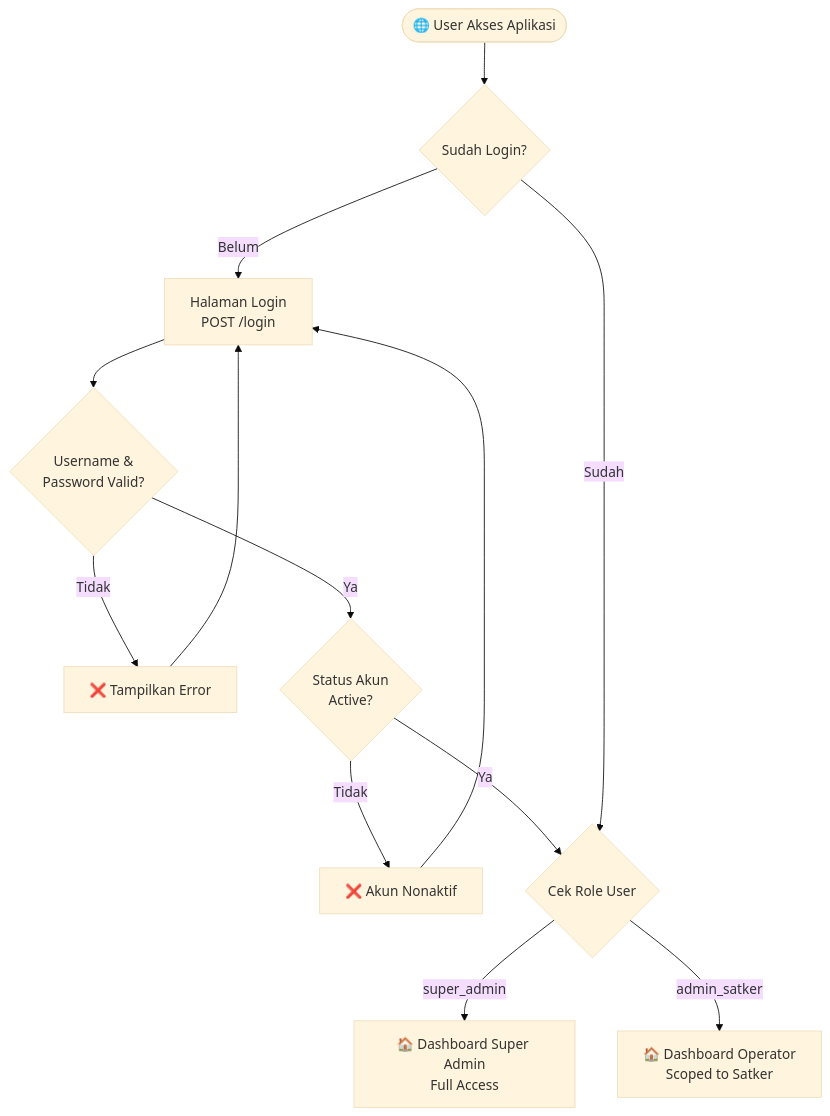
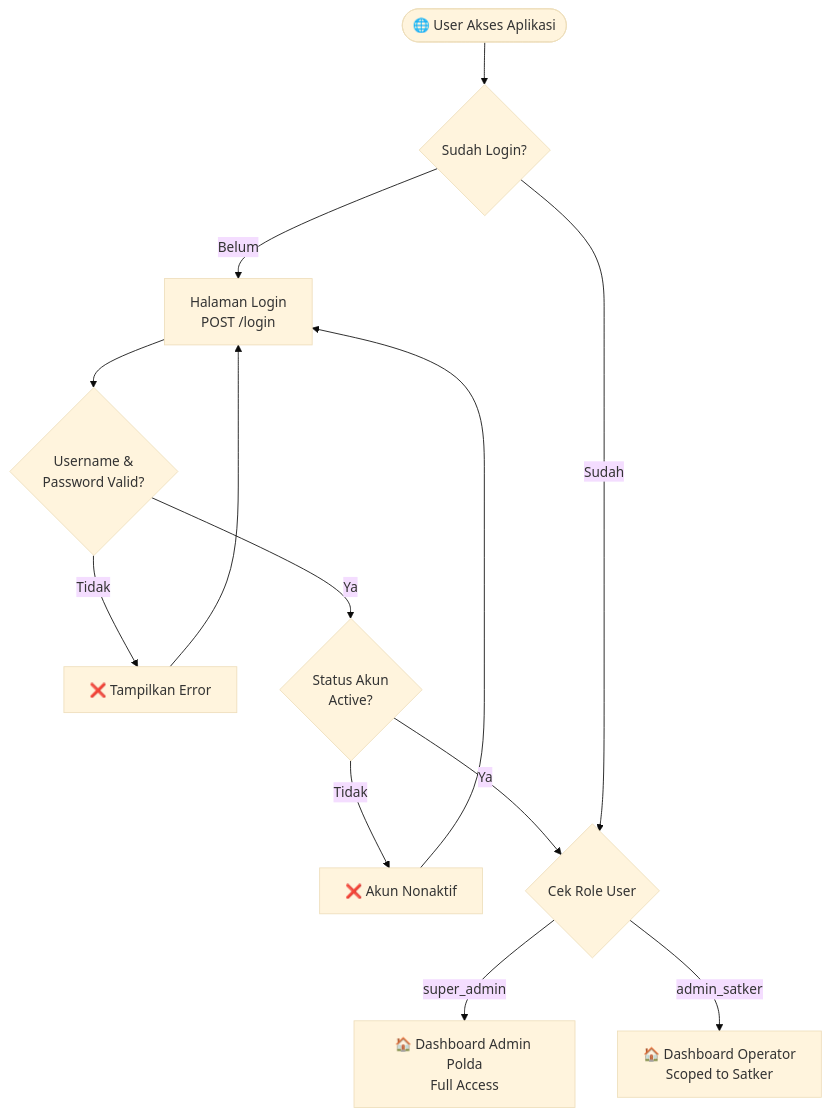
Before and after one commit to rickyaaaa/sistem-informasi-pegawai: the third of 6 diagrams in flow-design.md, drawn with Mermaid (base theme). The commit also changed other lines of this file and 41 other files, not shown here.

````diff
--- a/flow-design.md
+++ b/flow-design.md
@@ -126,18 +126,18 @@
 ```mermaid
 flowchart TD
     START(["🌐 User Akses Aplikasi"]) --> GUEST{"Sudah Login?"}
 
     GUEST -- Belum --> LOGIN["Halaman Login\nPOST /login"]
     LOGIN --> VALIDATE{"Username &\nPassword Valid?"}
     VALIDATE -- Tidak --> ERRLOGIN["❌ Tampilkan Error"]
     ERRLOGIN --> LOGIN
     VALIDATE -- Ya --> CHECKSTATUS{"Status Akun\nActive?"}
     CHECKSTATUS -- Tidak --> ERRINACTIVE["❌ Akun Nonaktif"]
     ERRINACTIVE --> LOGIN
     CHECKSTATUS -- Ya --> CHECKROLE{"Cek Role User"}
 
     GUEST -- Sudah --> CHECKROLE
 
-    CHECKROLE -- super_admin --> SA_DASH["🏠 Dashboard Super Admin\nFull Access"]
+    CHECKROLE -- super_admin --> SA_DASH["🏠 Dashboard Admin Polda\nFull Access"]
     CHECKROLE -- admin_satker --> OP_DASH["🏠 Dashboard Operator\nScoped to Satker"]
 ```
````
